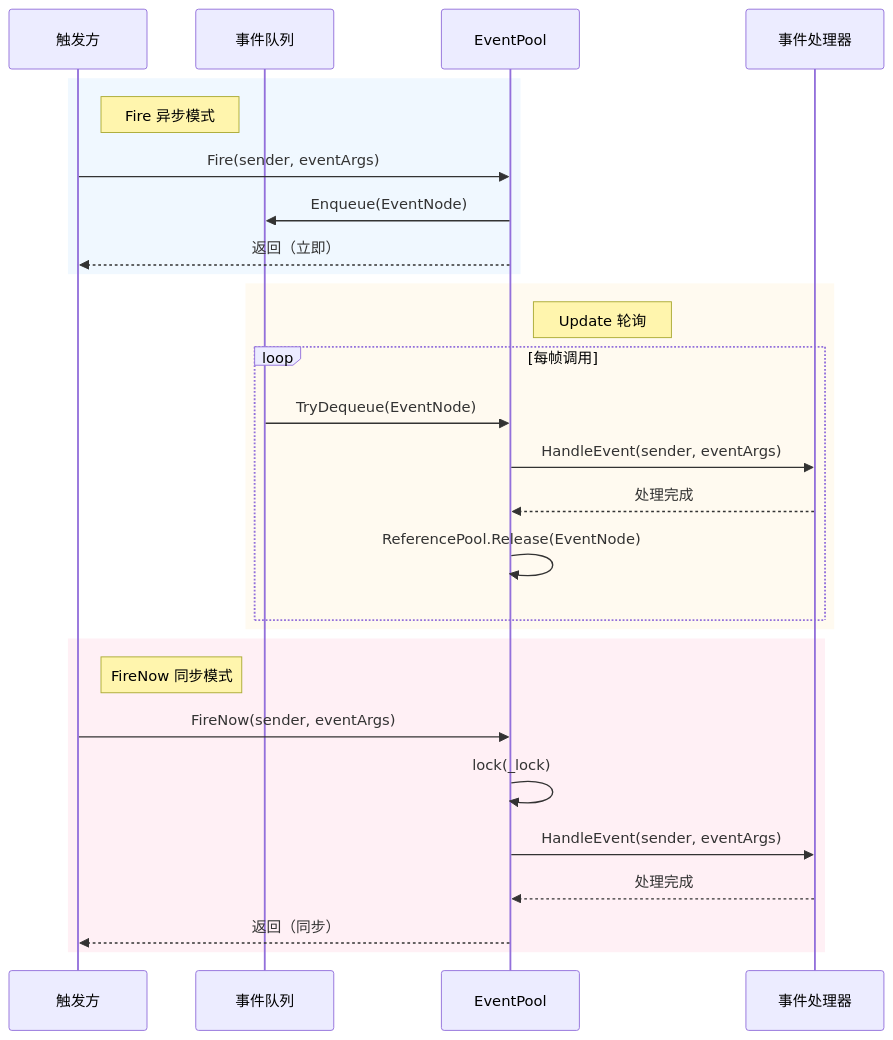
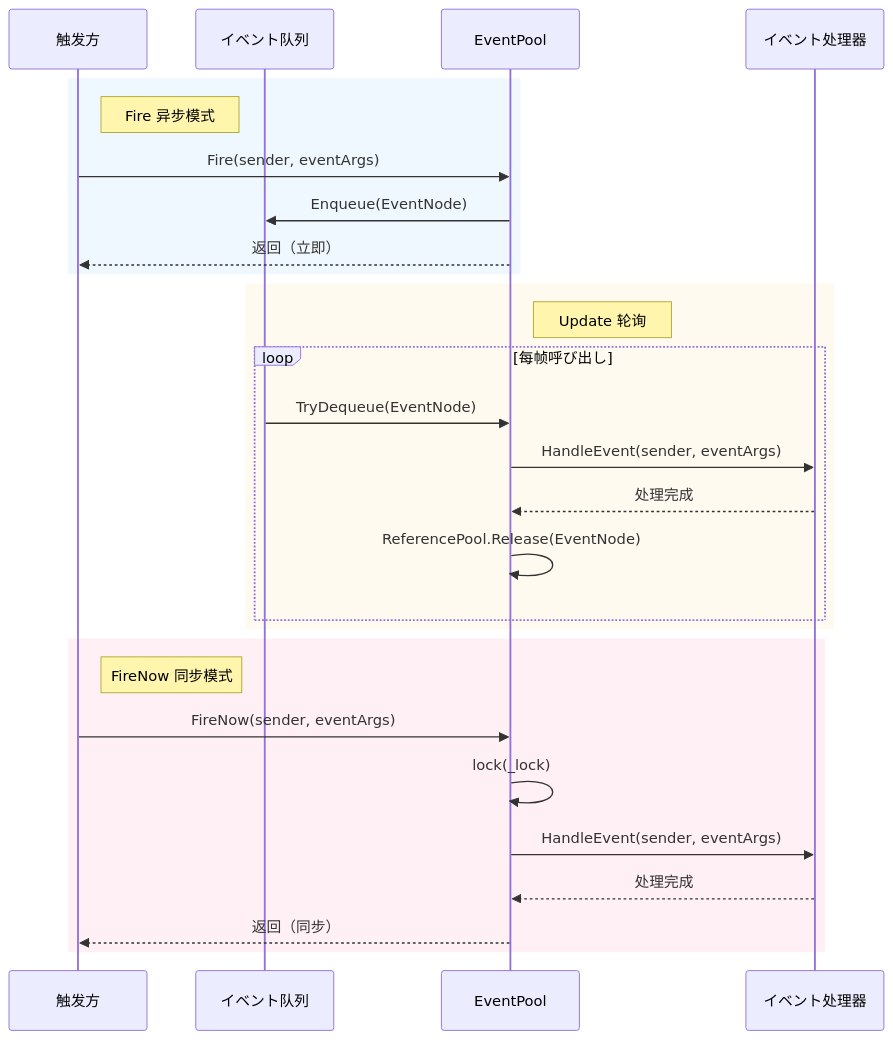
Before and after one commit to AlianBlank/GameFrameX.Docs: the second of 3 diagrams in docs/ja/client/unity/component/core/06.event-system.md, drawn with Mermaid. The commit also changed other lines of this file and 603 other files, not shown here.

````diff
--- a/docs/ja/client/unity/component/core/06.event-system.md
+++ b/docs/ja/client/unity/component/core/06.event-system.md
@@ -145,33 +145,33 @@
 ```mermaid
 sequenceDiagram
     participant Client as 触发方
-    participant Queue as 事件队列
+    participant Queue as イベント队列
     participant Pool as EventPool
-    participant Handlers as 事件处理器
+    participant Handlers as イベント处理器
     
     rect rgb(240, 248, 255)
         note right of Client: Fire 异步模式
         Client->>Pool: Fire(sender, eventArgs)
         Pool->>Queue: Enqueue(EventNode)
         Pool-->>Client: 返回（立即）
     end
     
     rect rgb(255, 250, 240)
         note right of Pool: Update 轮询
-        loop 每帧调用
+        loop 每帧呼び出し
             Queue->>Pool: TryDequeue(EventNode)
             Pool->>Handlers: HandleEvent(sender, eventArgs)
             Handlers-->>Pool: 处理完成
             Pool->>Pool: ReferencePool.Release(EventNode)
         end
     end
     
     rect rgb(255, 240, 245)
         note right of Client: FireNow 同步模式
         Client->>Pool: FireNow(sender, eventArgs)
         Pool->>Pool: lock(_lock)
         Pool->>Handlers: HandleEvent(sender, eventArgs)
         Handlers-->>Pool: 处理完成
         Pool-->>Client: 返回（同步）
     end
 ```
````
